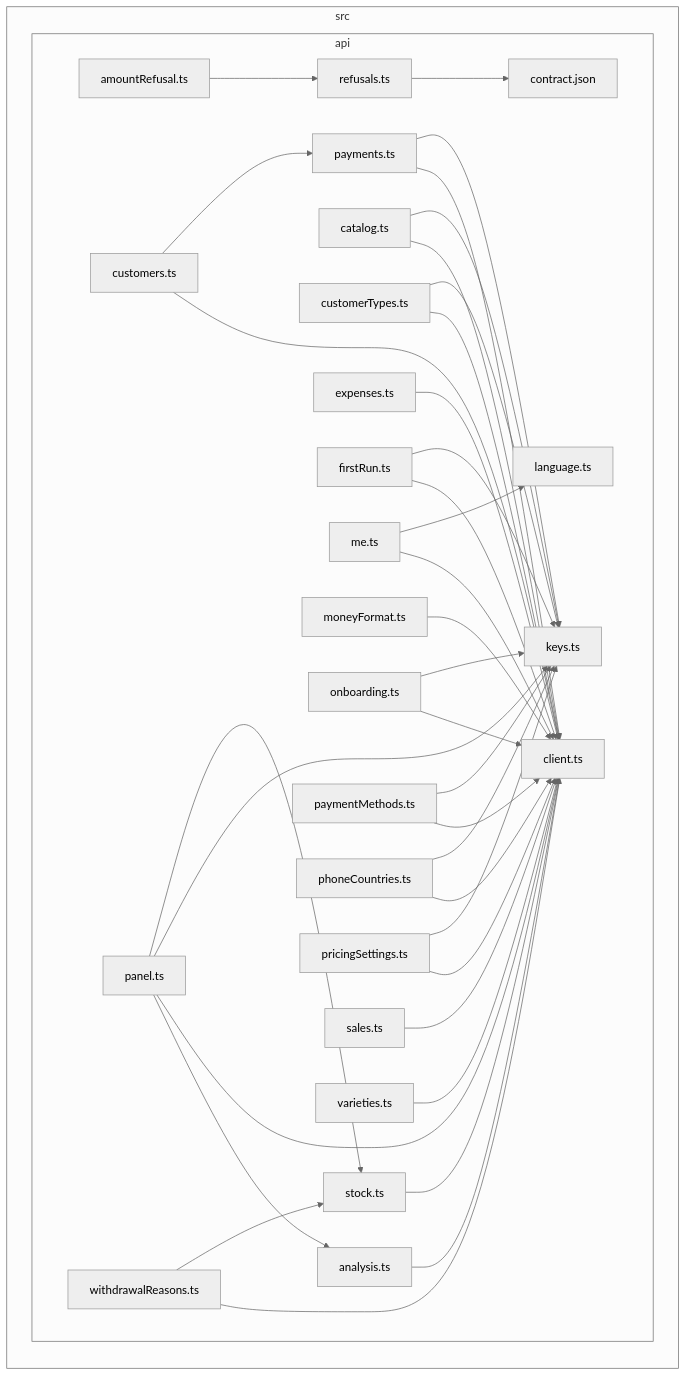
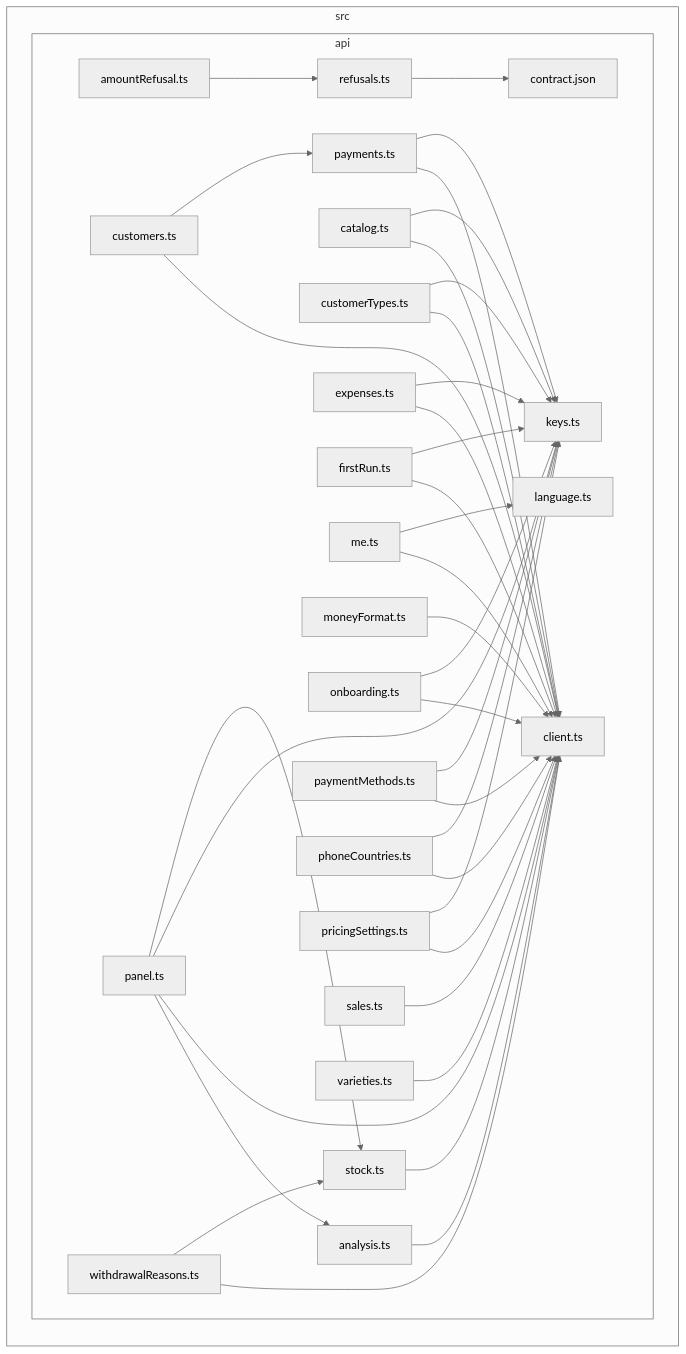
Before and after one commit to GonzaloZevallos/apostrophe: the diagram in docs/architecture/generated/front-modules/api.md, drawn with Mermaid (neutral theme). The commit also changed 1 other file, not shown here.

Commit message:
chore(docs): regenerate [skip ci]

````diff
--- a/docs/architecture/generated/front-modules/api.md
+++ b/docs/architecture/generated/front-modules/api.md
@@ -7,65 +7,66 @@
 ```mermaid
 flowchart LR
 subgraph src["src"]
   subgraph src_api["api"]
     src_api_amountRefusal_ts["amountRefusal.ts"]
     src_api_analysis_ts["analysis.ts"]
     src_api_catalog_ts["catalog.ts"]
     src_api_client_ts["client.ts"]
     src_api_contract_json["contract.json"]
     src_api_customerTypes_ts["customerTypes.ts"]
     src_api_customers_ts["customers.ts"]
     src_api_expenses_ts["expenses.ts"]
     src_api_firstRun_ts["firstRun.ts"]
     src_api_keys_ts["keys.ts"]
     src_api_language_ts["language.ts"]
     src_api_me_ts["me.ts"]
     src_api_moneyFormat_ts["moneyFormat.ts"]
     src_api_onboarding_ts["onboarding.ts"]
     src_api_panel_ts["panel.ts"]
     src_api_paymentMethods_ts["paymentMethods.ts"]
     src_api_payments_ts["payments.ts"]
     src_api_phoneCountries_ts["phoneCountries.ts"]
     src_api_pricingSettings_ts["pricingSettings.ts"]
     src_api_refusals_ts["refusals.ts"]
     src_api_sales_ts["sales.ts"]
     src_api_stock_ts["stock.ts"]
     src_api_varieties_ts["varieties.ts"]
     src_api_withdrawalReasons_ts["withdrawalReasons.ts"]
   end
 end
 src_api_amountRefusal_ts-->src_api_refusals_ts
 src_api_analysis_ts-->src_api_client_ts
 src_api_catalog_ts-->src_api_client_ts
 src_api_catalog_ts-->src_api_keys_ts
 src_api_customerTypes_ts-->src_api_client_ts
 src_api_customerTypes_ts-->src_api_keys_ts
 src_api_customers_ts-->src_api_client_ts
 src_api_customers_ts-->src_api_payments_ts
 src_api_expenses_ts-->src_api_client_ts
+src_api_expenses_ts-->src_api_keys_ts
 src_api_firstRun_ts-->src_api_client_ts
 src_api_firstRun_ts-->src_api_keys_ts
 src_api_me_ts-->src_api_client_ts
 src_api_me_ts-->src_api_language_ts
 src_api_moneyFormat_ts-->src_api_client_ts
 src_api_onboarding_ts-->src_api_client_ts
 src_api_onboarding_ts-->src_api_keys_ts
 src_api_panel_ts-->src_api_analysis_ts
 src_api_panel_ts-->src_api_client_ts
 src_api_panel_ts-->src_api_keys_ts
 src_api_panel_ts-->src_api_stock_ts
 src_api_paymentMethods_ts-->src_api_client_ts
 src_api_paymentMethods_ts-->src_api_keys_ts
 src_api_payments_ts-->src_api_client_ts
 src_api_payments_ts-->src_api_keys_ts
 src_api_phoneCountries_ts-->src_api_client_ts
 src_api_phoneCountries_ts-->src_api_keys_ts
 src_api_pricingSettings_ts-->src_api_client_ts
 src_api_pricingSettings_ts-->src_api_keys_ts
 src_api_refusals_ts-->src_api_contract_json
 src_api_sales_ts-->src_api_client_ts
 src_api_stock_ts-->src_api_client_ts
 src_api_varieties_ts-->src_api_client_ts
 src_api_withdrawalReasons_ts-->src_api_client_ts
 src_api_withdrawalReasons_ts-->src_api_stock_ts
 ```
````
